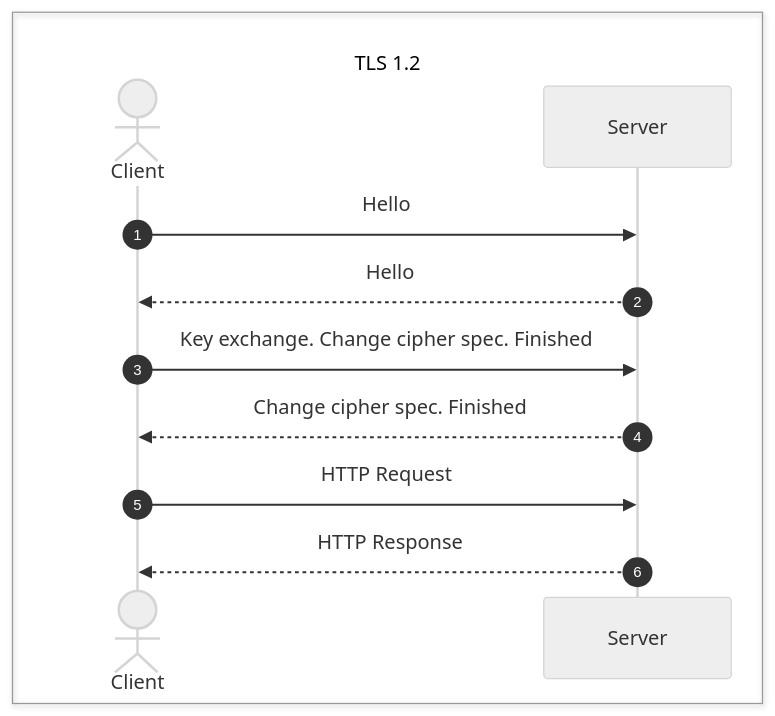
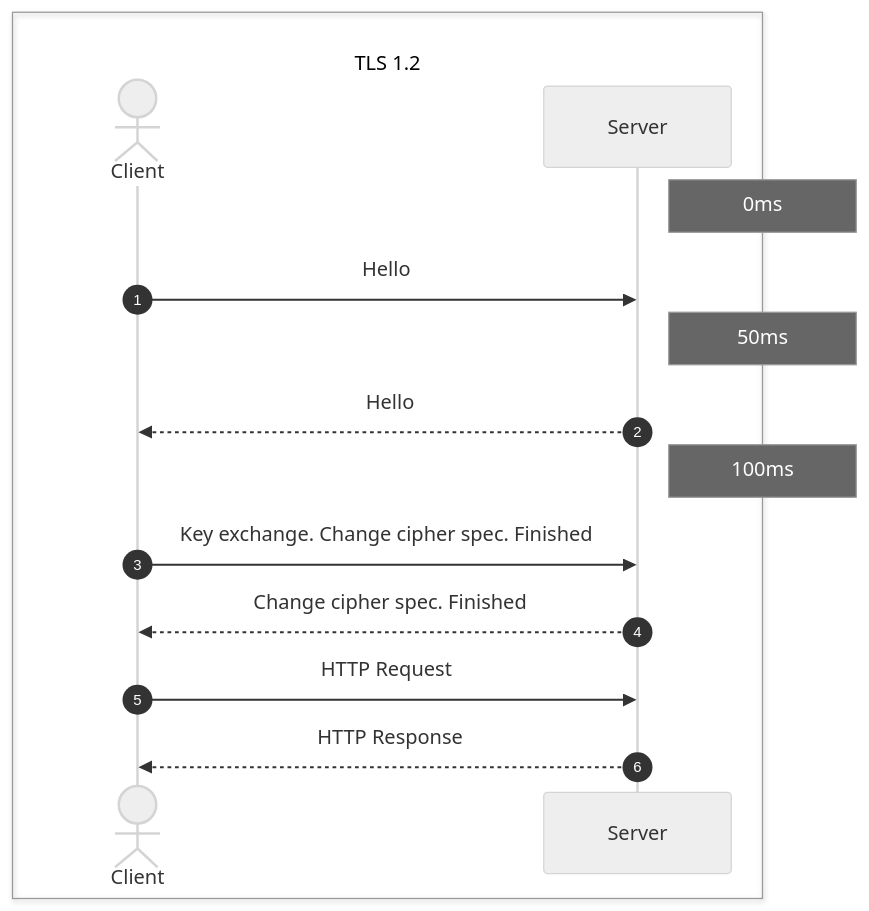
The first of 2 diagrams in tls_1.3.md (jtaverne/ovh), drawn with Mermaid before and after one commit. The commit also changed other lines of this file, not shown here.

````diff
--- a/tls_1.3.md
+++ b/tls_1.3.md
@@ -37,17 +11,20 @@
 ```mermaid
 %%{init: {'theme': 'neutral' } }%%
 sequenceDiagram
 autonumber
 box transparent <br/>TLS 1.2
     actor Client
     participant Server
 end
+Note right of Server: 0ms
 Client ->> Server : Hello
+Note right of Server: 50ms
 Server -->> Client : Hello
+Note right of Server: 100ms
 Client ->> Server : Key exchange. Change cipher spec. Finished
 Server -->> Client : Change cipher spec. Finished
 Client ->> Server : HTTP Request
 Server -->> Client : HTTP Response
 
 
 ```
````
